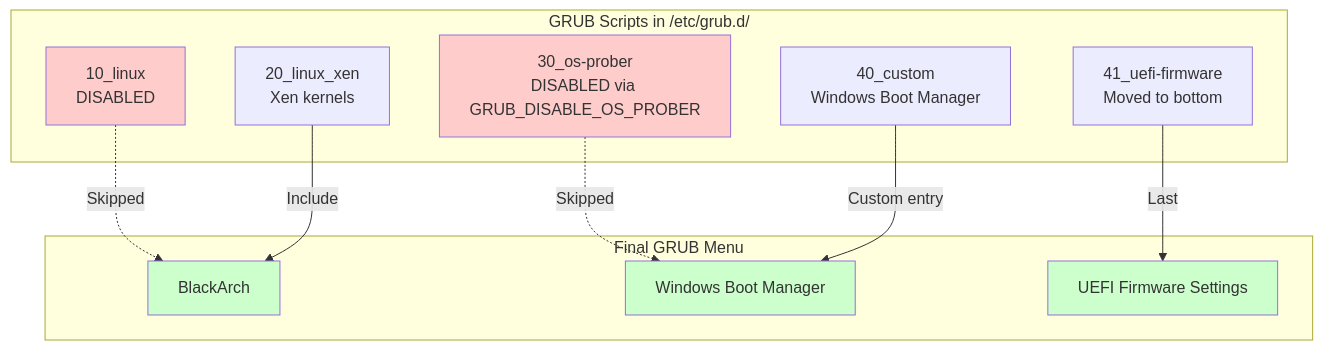
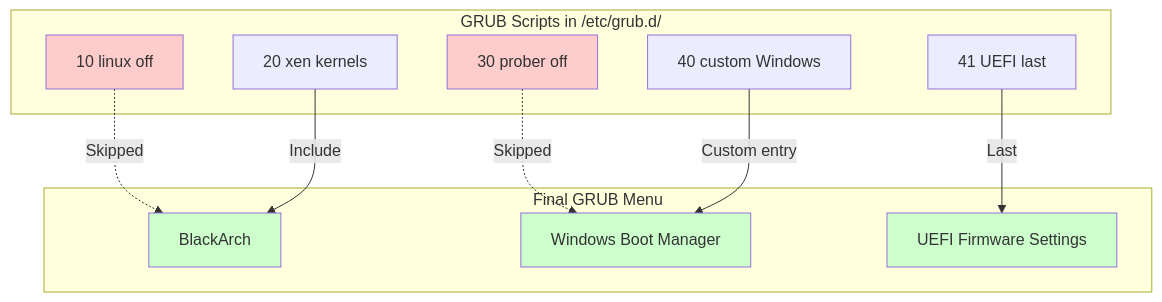
The sixth of 11 diagrams in System/Fixes/Visual-Guides.md (444Nazky/My-Vault), drawn with Mermaid before and after one commit. The commit also changed other lines of this file and 8 other files, not shown here.

````diff
--- a/System/Fixes/Visual-Guides.md
+++ b/System/Fixes/Visual-Guides.md
@@ -147,28 +147,28 @@
 ```mermaid
 graph TD
     subgraph Scripts["GRUB Scripts in /etc/grub.d/"]
-        S1["10_linux<br/>DISABLED"]
-        S2["20_linux_xen<br/>Xen kernels"]
-        S3["30_os-prober<br/>DISABLED via GRUB_DISABLE_OS_PROBER"]
-        S4["40_custom<br/>Windows Boot Manager"]
-        S5["41_uefi-firmware<br/>Moved to bottom"]
+        S1["10 linux off"]
+        S2["20 xen kernels"]
+        S3["30 prober off"]
+        S4["40 custom Windows"]
+        S5["41 UEFI last"]
     end
 
     subgraph Output["Final GRUB Menu"]
         M1["BlackArch"]
         M2["Windows Boot Manager"]
         M3["UEFI Firmware Settings"]
     end
 
     S1 -.->|Skipped| M1
     S2 -->|Include| M1
     S3 -.->|Skipped| M2
     S4 -->|Custom entry| M2
     S5 -->|Last| M3
 
     style S1 fill:#ffcccc
     style S3 fill:#ffcccc
     style M1 fill:#ccffcc
     style M2 fill:#ccffcc
     style M3 fill:#ccffcc
 ```
````
